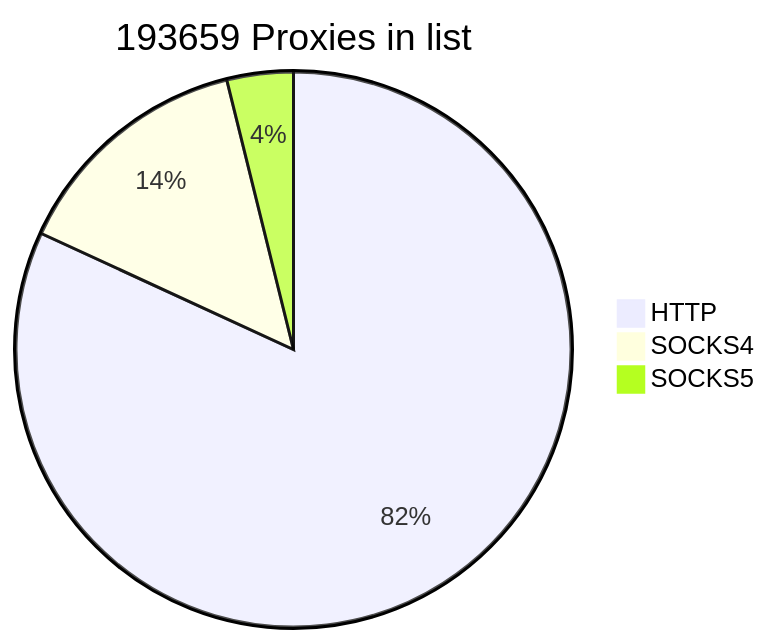
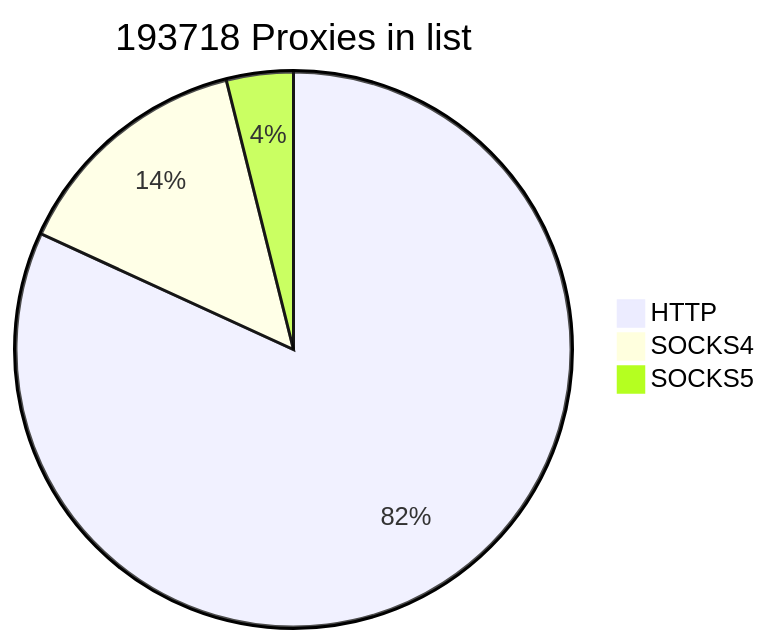
Before and after one commit to cutipu/proxylist: the first of 2 diagrams in README.md, drawn with Mermaid. The commit also changed other lines of this file, not shown here.

````diff
--- a/README.md
+++ b/README.md
@@ -2,7 +2,7 @@
 ```mermaid
-pie title 193659 Proxies in list
-    "HTTP" : 158538
-    "SOCKS4" : 27642
-    "SOCKS5" : 7479
+pie title 193718 Proxies in list
+    "HTTP" : 158539
+    "SOCKS4" : 27641
+    "SOCKS5" : 7538
             
 ```
````
